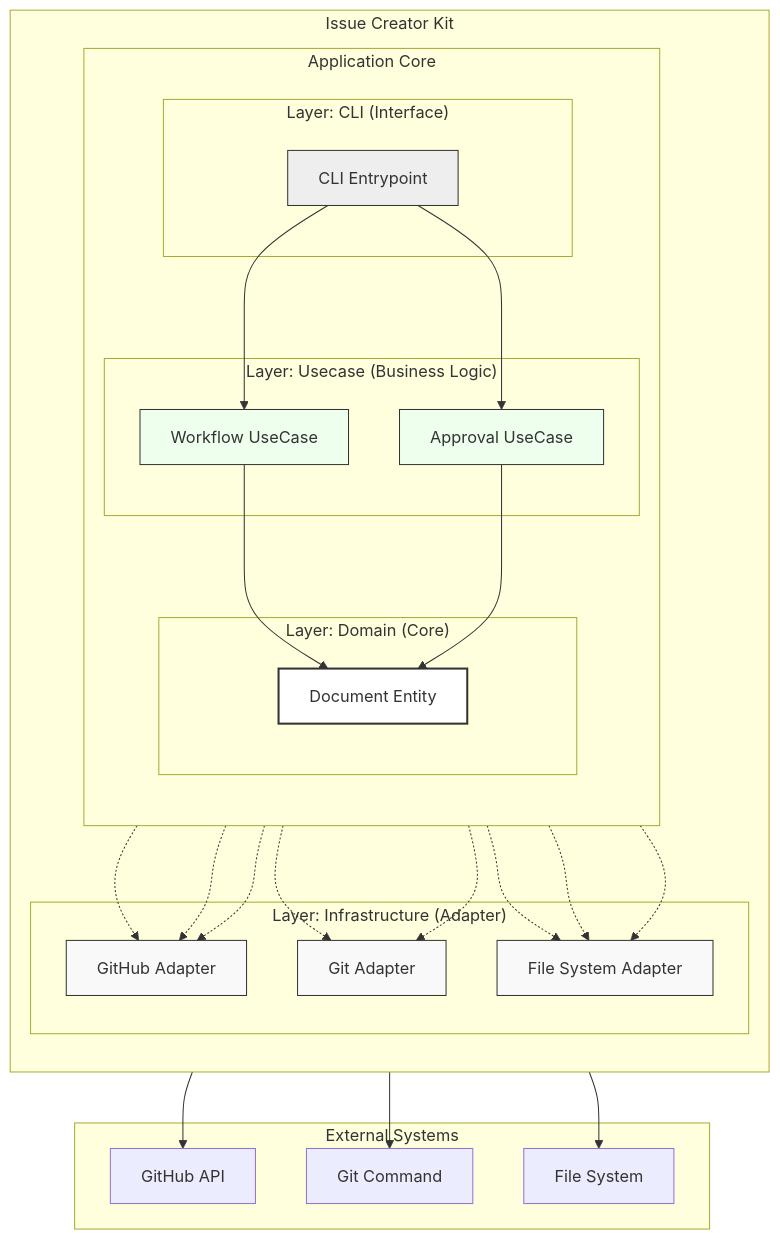
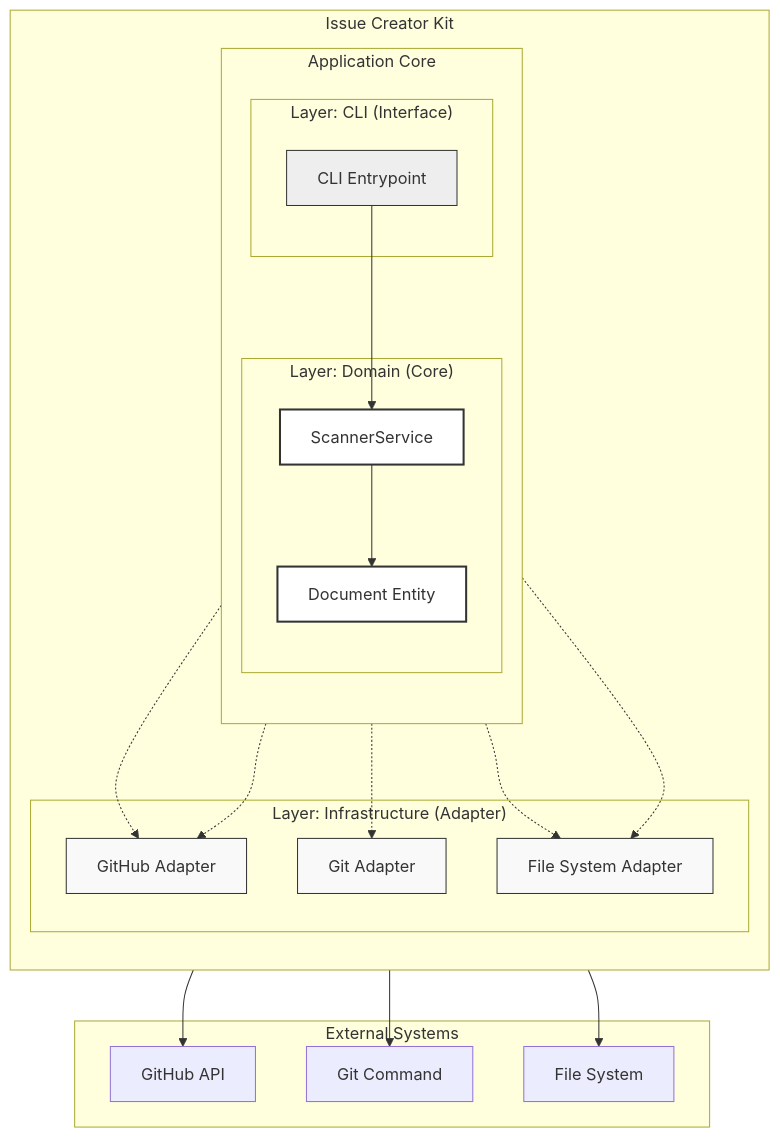
One commit to masa-codehub/issue_creator_kit changed the diagram in docs/architecture/arch-structure-issue-kit.md. Above: the diagram before and after it, drawn with Mermaid. The commit also changed other lines of this file and 12 other files, not shown here.

Commit message:
docs: Issue Kitのアーキテクチャ図を最新化 (#308)

````diff
--- a/docs/architecture/arch-structure-issue-kit.md
+++ b/docs/architecture/arch-structure-issue-kit.md
@@ -8,72 +8,60 @@
 ```mermaid
 graph TB
     %% Definitions
     subgraph "External Systems"
         GH[GitHub API]
         GIT[Git Command]
         FS[File System]
     end
 
     subgraph "Issue Creator Kit"
         direction TB
         
         subgraph "Application Core"
             direction TB
             subgraph "Layer: CLI (Interface)"
                 CLI[CLI Entrypoint]
             end
 
-            subgraph "Layer: Usecase (Business Logic)"
-                UC_WF[Workflow UseCase]
-                UC_APP[Approval UseCase]
-            end
-
             subgraph "Layer: Domain (Core)"
+                SVC_SCAN[ScannerService]
                 DOM_DOC[Document Entity]
             end
         end
 
         subgraph "Layer: Infrastructure (Adapter)"
             INF_GH[GitHub Adapter]
             INF_GIT[Git Adapter]
             INF_FS[File System Adapter]
         end
     end
 
     %% Dependencies (Solid: Source Code Dependency, Dotted: Runtime Flow/DI)
-    CLI --> UC_WF
-    CLI --> UC_APP
+    CLI --> SVC_SCAN
     
     %% Dependency Injection
     CLI -.-> INF_GH
     CLI -.-> INF_GIT
     CLI -.-> INF_FS
 
-    %% UseCase dependencies
-    UC_WF --> DOM_DOC
-    UC_APP --> DOM_DOC
+    %% Service dependencies
+    SVC_SCAN --> DOM_DOC
     
     %% Infrastructure Dependencies (Inversion of Control)
-    %% Note: UseCase defines the interface, Infrastructure implements it.
-    UC_WF -.-> INF_GH
-    UC_WF -.-> INF_GIT
-    UC_WF -.-> INF_FS
-    UC_APP -.-> INF_GH
-    UC_APP -.-> INF_FS
+    SVC_SCAN -.-> INF_GH
+    SVC_SCAN -.-> INF_FS
     
     %% Infra Implementation
     INF_GH --> GH
     INF_GIT --> GIT
     INF_FS --> FS
 
     %% Styling
     classDef cli fill:#eee,stroke:#333
-    classDef usecase fill:#efe,stroke:#333
     classDef domain fill:#fff,stroke:#333,stroke-width:2px
     classDef infra fill:#f9f9f9,stroke:#333
 
     class CLI cli
-    class UC_WF,UC_APP usecase
-    class DOM_DOC domain
+    class SVC_SCAN,DOM_DOC domain
     class INF_GH,INF_GIT,INF_FS infra
 ```
````
